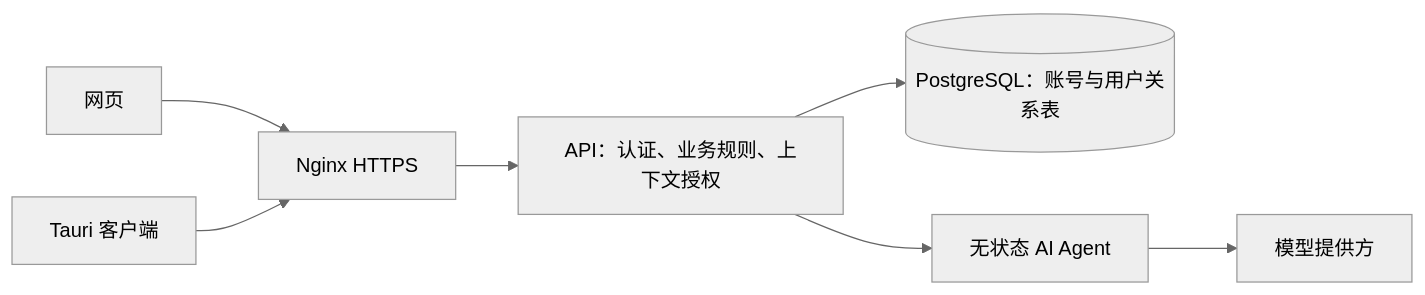
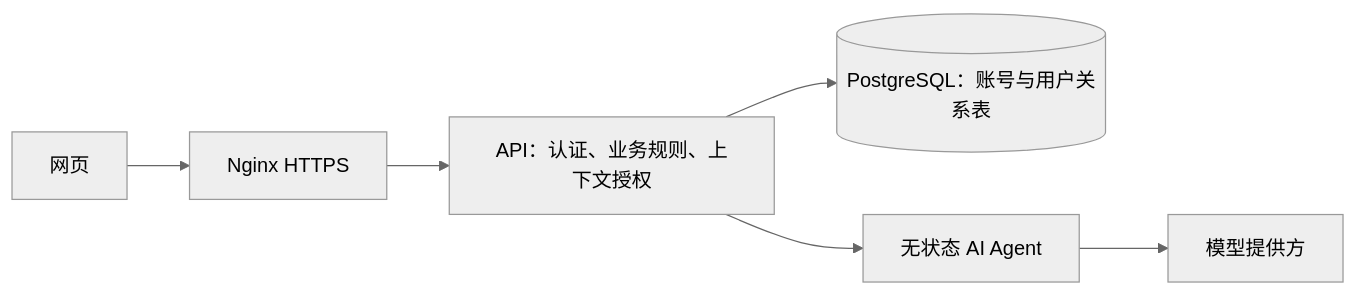
The diagram in docs/architecture.md (lokinko/mario), drawn with Mermaid (neutral theme) before and after one commit. The commit also changed other lines of this file and 123 other files, not shown here.

````diff
--- a/docs/architecture.md
+++ b/docs/architecture.md
@@ -5,9 +5,8 @@
 ```mermaid
 flowchart LR
     W[网页] --> G[Nginx HTTPS]
-    C[Tauri 客户端] --> G
     G --> A[API：认证、业务规则、上下文授权]
     A --> P[(PostgreSQL：账号与用户关系表)]
     A --> R[无状态 AI Agent]
     R --> M[模型提供方]
 ```
````
